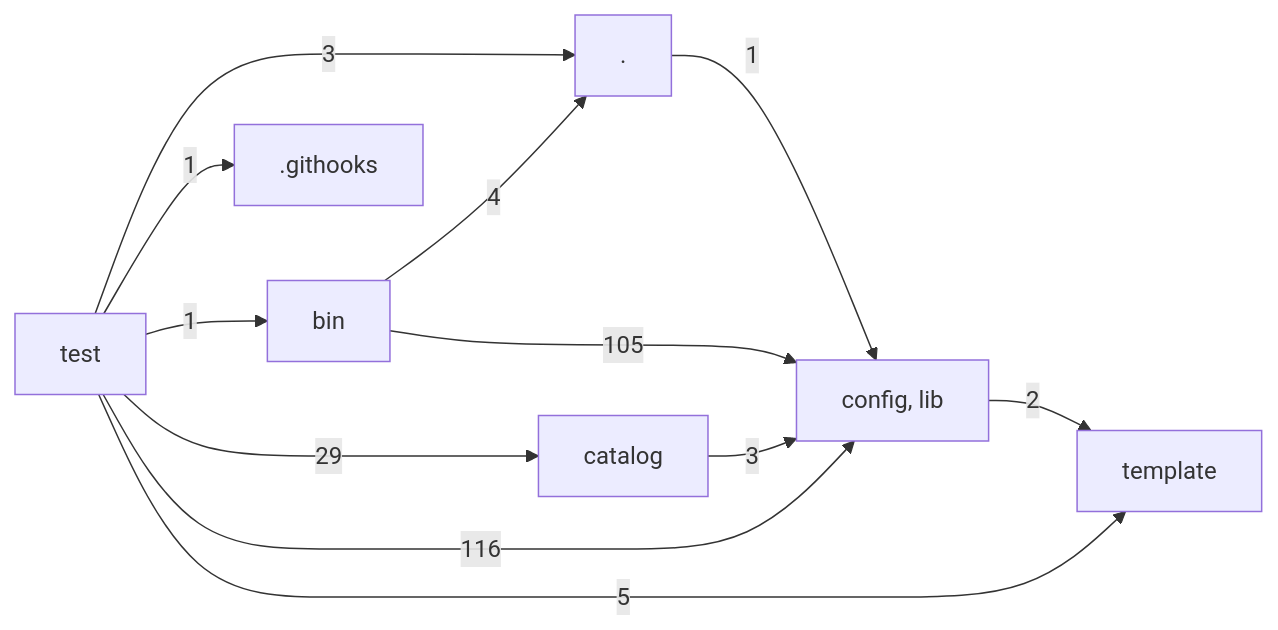
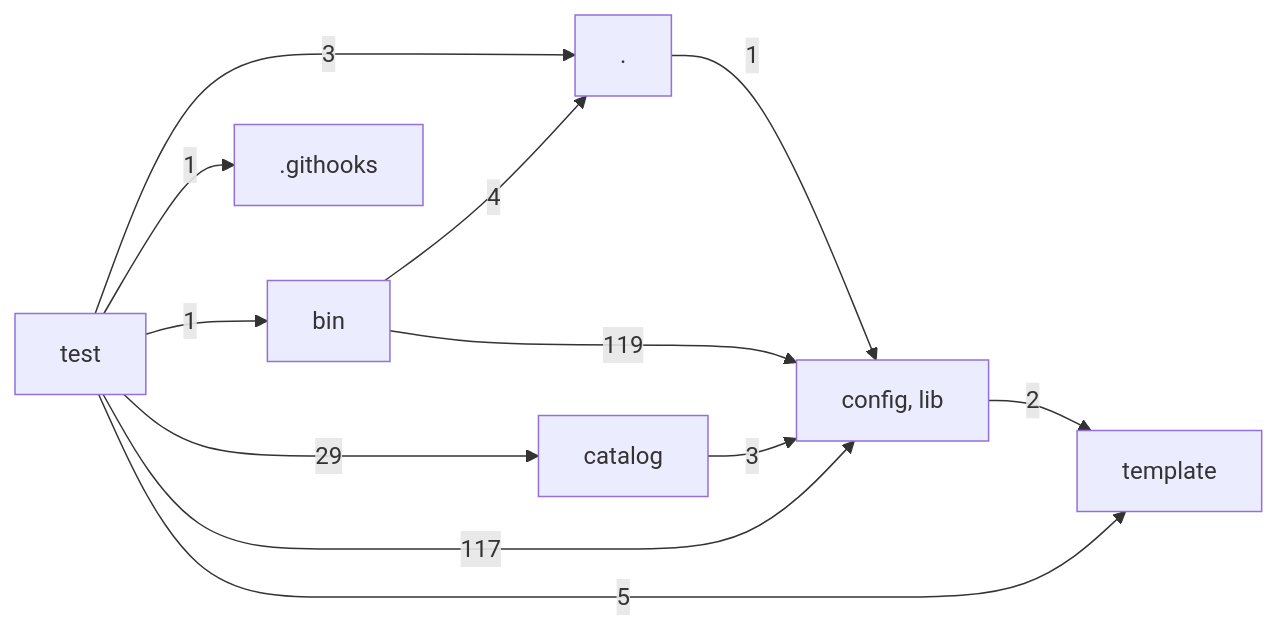
One commit to hackersandwizards/scaffolding changed the diagram in docs/architecture/layers.md. Above: the diagram before and after it, drawn with Mermaid. The commit also changed 80 other files, not shown here.

````diff
--- a/docs/architecture/layers.md
+++ b/docs/architecture/layers.md
@@ -3,21 +3,21 @@
 ```mermaid
 graph LR
   L0["."]
   L1[".githooks"]
   L2["bin"]
   L3["catalog"]
   L4["config, lib"]
   L5["template"]
   L6["test"]
   L0 -->|1| L4
   L2 -->|4| L0
-  L2 -->|105| L4
+  L2 -->|119| L4
   L3 -->|3| L4
   L4 -->|2| L5
   L6 -->|3| L0
   L6 -->|1| L1
   L6 -->|1| L2
   L6 -->|29| L3
-  L6 -->|116| L4
+  L6 -->|117| L4
   L6 -->|5| L5
 ```
````
